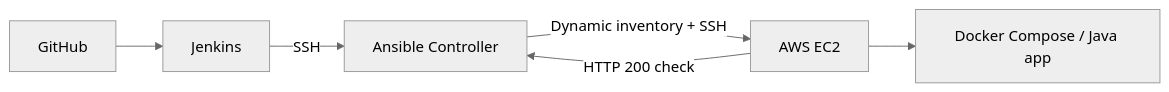
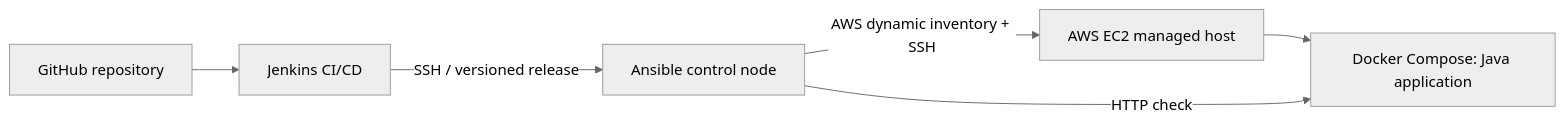
Before and after one commit to asambataiden/twn-capstone-05-ansible-jenkins: the diagram in README.md, drawn with Mermaid (neutral theme). The commit also changed other lines of this file, not shown here.

````diff
--- a/README.md
+++ b/README.md
@@ -13,8 +11,8 @@
 ```mermaid
 flowchart LR
-    G["GitHub"] --> J["Jenkins"]
-    J -->|"SSH"| A["Ansible Controller"]
-    A -->|"Dynamic inventory + SSH"| E["AWS EC2"]
-    E --> D["Docker Compose / Java app"]
-    E -->|"HTTP 200 check"| A
+    Git[GitHub repository] --> Jenkins[Jenkins CI/CD]
+    Jenkins -->|SSH / versioned release| Controller[Ansible control node]
+    Controller -->|AWS dynamic inventory + SSH| EC2[AWS EC2 managed host]
+    EC2 --> App[Docker Compose: Java application]
+    Controller -->|HTTP check| App
 ```
````
